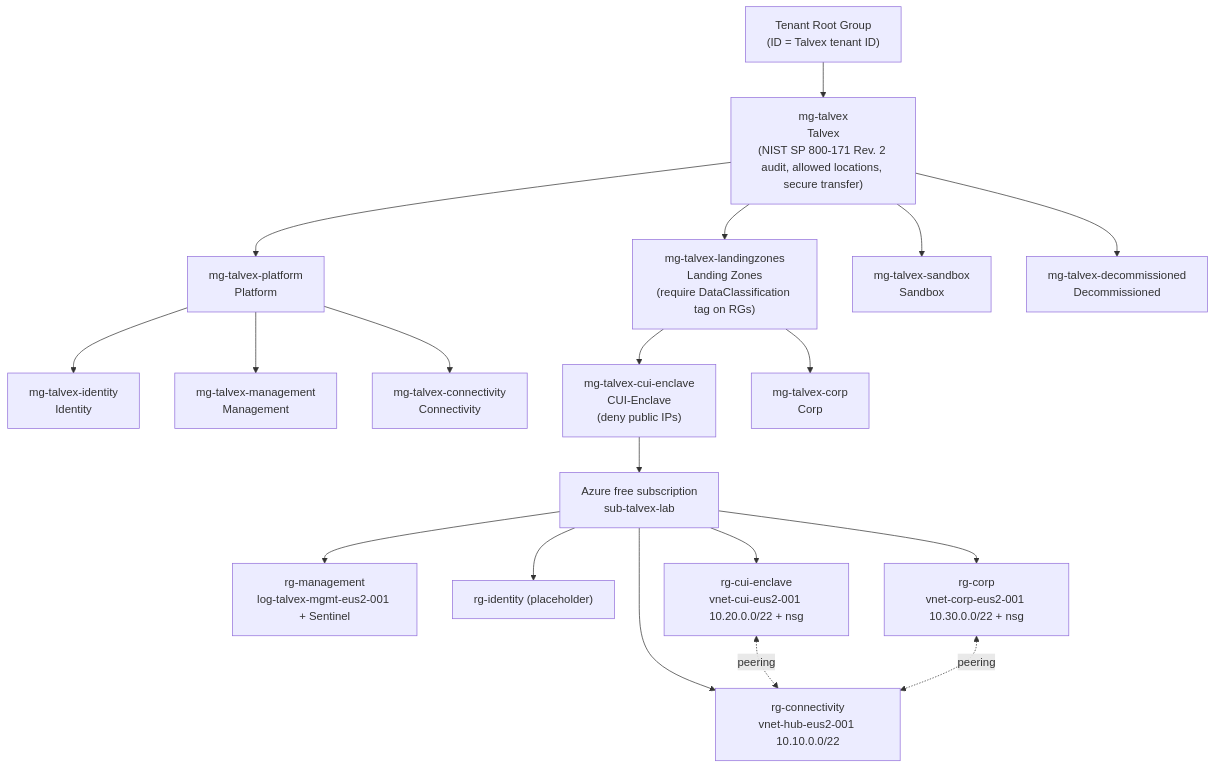
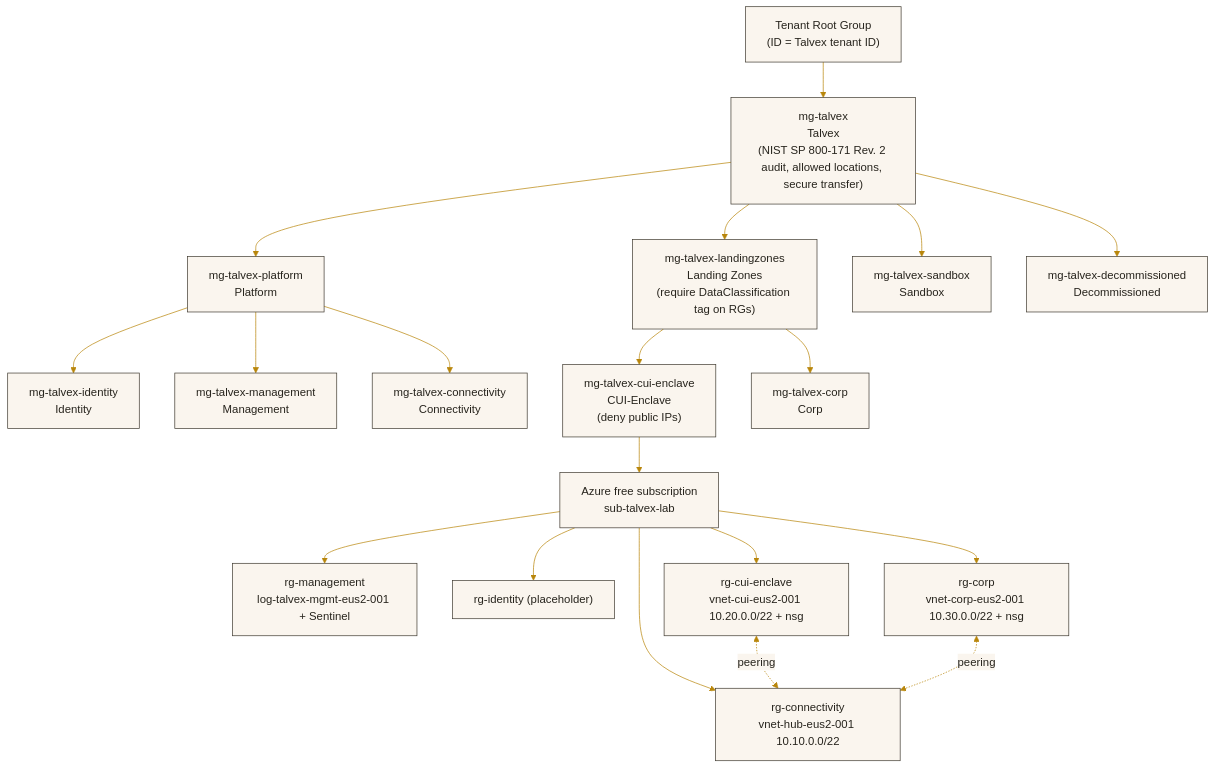
One commit to joshuarichard116-sudo/azure-landing-zone-entra-lab changed the diagram in docs/Talvex_Landing_Zone_Lab_Guide.md. Above: the diagram before and after it, drawn with Mermaid. The commit also changed other lines of this file and 6 other files, not shown here.

First line of the commit message:
[pizzazz] Spec Sheet styling: banner, palette badges, diagrams, dividers; add auto-styling workflow

````diff
--- a/docs/Talvex_Landing_Zone_Lab_Guide.md
+++ b/docs/Talvex_Landing_Zone_Lab_Guide.md
@@ -75,21 +75,22 @@
 ```mermaid
+%%{init: {'theme':'base','themeVariables':{'primaryColor':'#FAF5EE','primaryTextColor':'#27241D','primaryBorderColor':'#423D33','lineColor':'#B8860B','secondaryColor':'#F7F3EC','tertiaryColor':'#F7F3EC','clusterBkg':'#F7F3EC','clusterBorder':'#D9D1C4','titleColor':'#27241D','edgeLabelBackground':'#FAF5EE','textColor':'#27241D'}}}%%
 flowchart TD
     Root["Tenant Root Group<br/>(ID = Talvex tenant ID)"] --> Talvex["mg-talvex<br/>Talvex<br/>(NIST SP 800-171 Rev. 2 audit, allowed locations, secure transfer)"]
     Talvex --> Platform["mg-talvex-platform<br/>Platform"]
     Talvex --> LZ["mg-talvex-landingzones<br/>Landing Zones<br/>(require DataClassification tag on RGs)"]
     Talvex --> Sandbox["mg-talvex-sandbox<br/>Sandbox"]
     Talvex --> Decom["mg-talvex-decommissioned<br/>Decommissioned"]
     Platform --> Identity["mg-talvex-identity<br/>Identity"]
     Platform --> Mgmt["mg-talvex-management<br/>Management"]
     Platform --> Conn["mg-talvex-connectivity<br/>Connectivity"]
     LZ --> CUI["mg-talvex-cui-enclave<br/>CUI-Enclave<br/>(deny public IPs)"]
     LZ --> Corp["mg-talvex-corp<br/>Corp"]
     CUI --> Sub["Azure free subscription<br/>sub-talvex-lab"]
     Sub --> RGm["rg-management<br/>log-talvex-mgmt-eus2-001 + Sentinel"]
     Sub --> RGc["rg-connectivity<br/>vnet-hub-eus2-001 10.10.0.0/22"]
     Sub --> RGi["rg-identity (placeholder)"]
     Sub --> RGcui["rg-cui-enclave<br/>vnet-cui-eus2-001 10.20.0.0/22 + nsg"]
     Sub --> RGcorp["rg-corp<br/>vnet-corp-eus2-001 10.30.0.0/22 + nsg"]
     RGcui <-. "peering" .-> RGc
     RGcorp <-. "peering" .-> RGc
 ```
````
